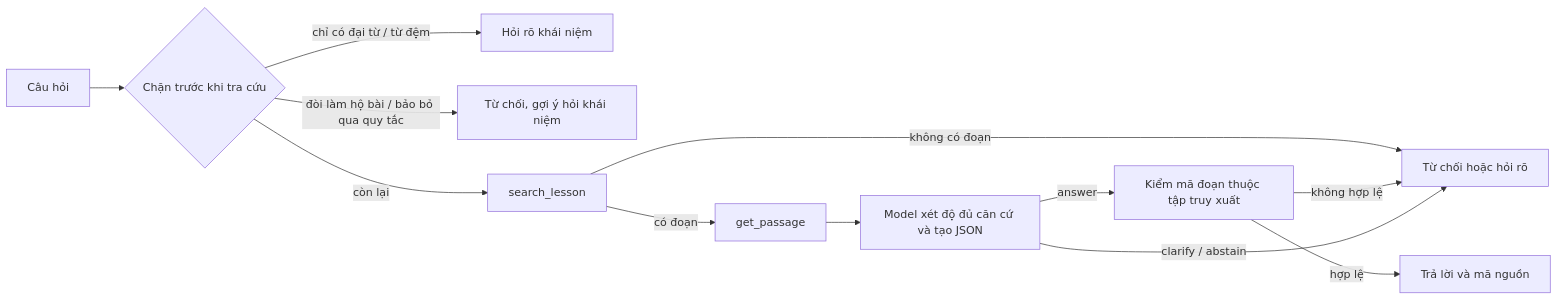
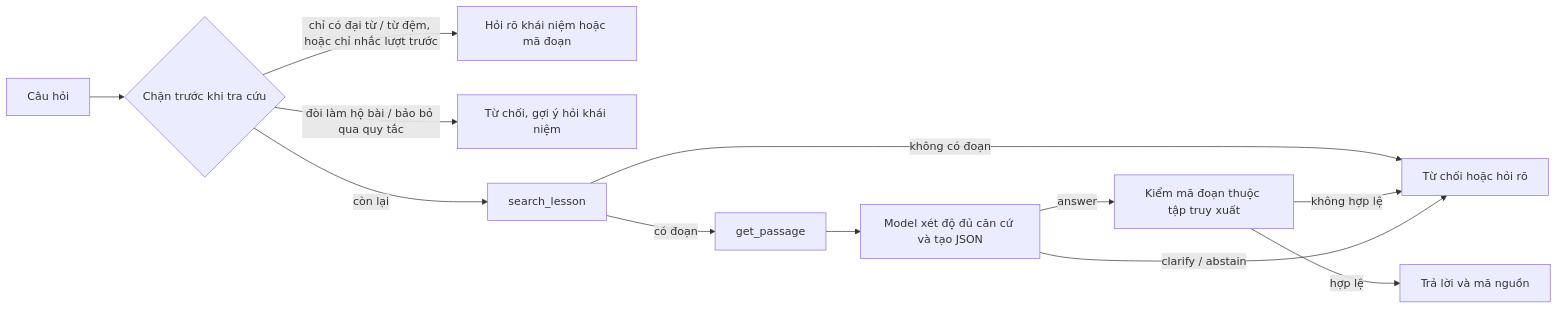
One commit to Thinh010705/K5-Day15-L3B-Alpha changed the diagram in spec.md. Above: the diagram before and after it, drawn with Mermaid. The commit also changed other lines of this file, not shown here.

Commit message:
docs(spec): §4 diagram shows the back-reference clarify branch from the B18 fix [CP4 · TV3]

````diff
--- a/spec.md
+++ b/spec.md
@@ -78,14 +78,14 @@
 ```mermaid
 flowchart LR
   A[Câu hỏi] --> P{Chặn trước khi tra cứu}
-  P -->|chỉ có đại từ / từ đệm| Q[Hỏi rõ khái niệm]
+  P -->|chỉ có đại từ / từ đệm, hoặc chỉ nhắc lượt trước| Q[Hỏi rõ khái niệm hoặc mã đoạn]
   P -->|đòi làm hộ bài / bảo bỏ qua quy tắc| R[Từ chối, gợi ý hỏi khái niệm]
   P -->|còn lại| B[search_lesson]
   B -->|không có đoạn| F[Từ chối hoặc hỏi rõ]
   B -->|có đoạn| C[get_passage]
   C --> D[Model xét độ đủ căn cứ và tạo JSON]
   D -->|answer| E[Kiểm mã đoạn thuộc tập truy xuất]
   E -->|hợp lệ| G[Trả lời và mã nguồn]
   E -->|không hợp lệ| F
   D -->|clarify / abstain| F
 ```
````
